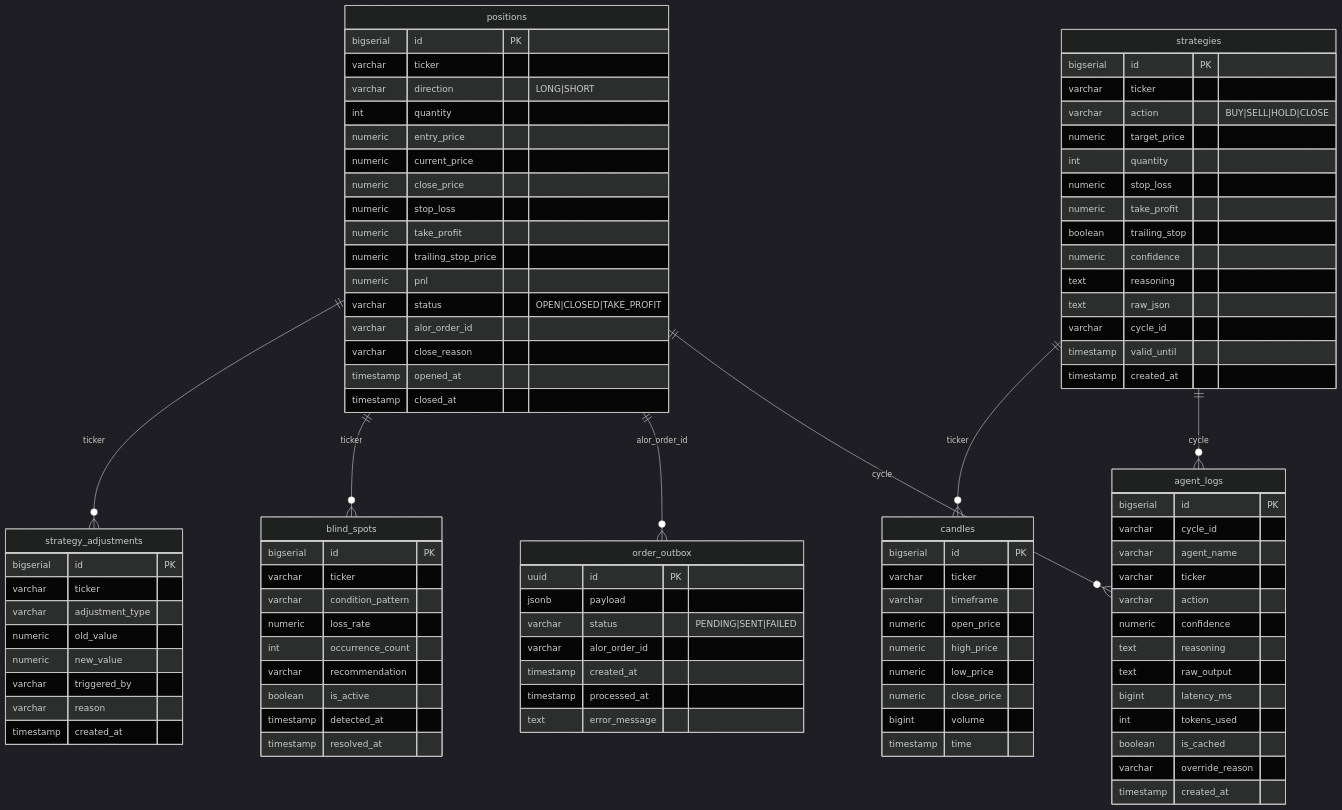
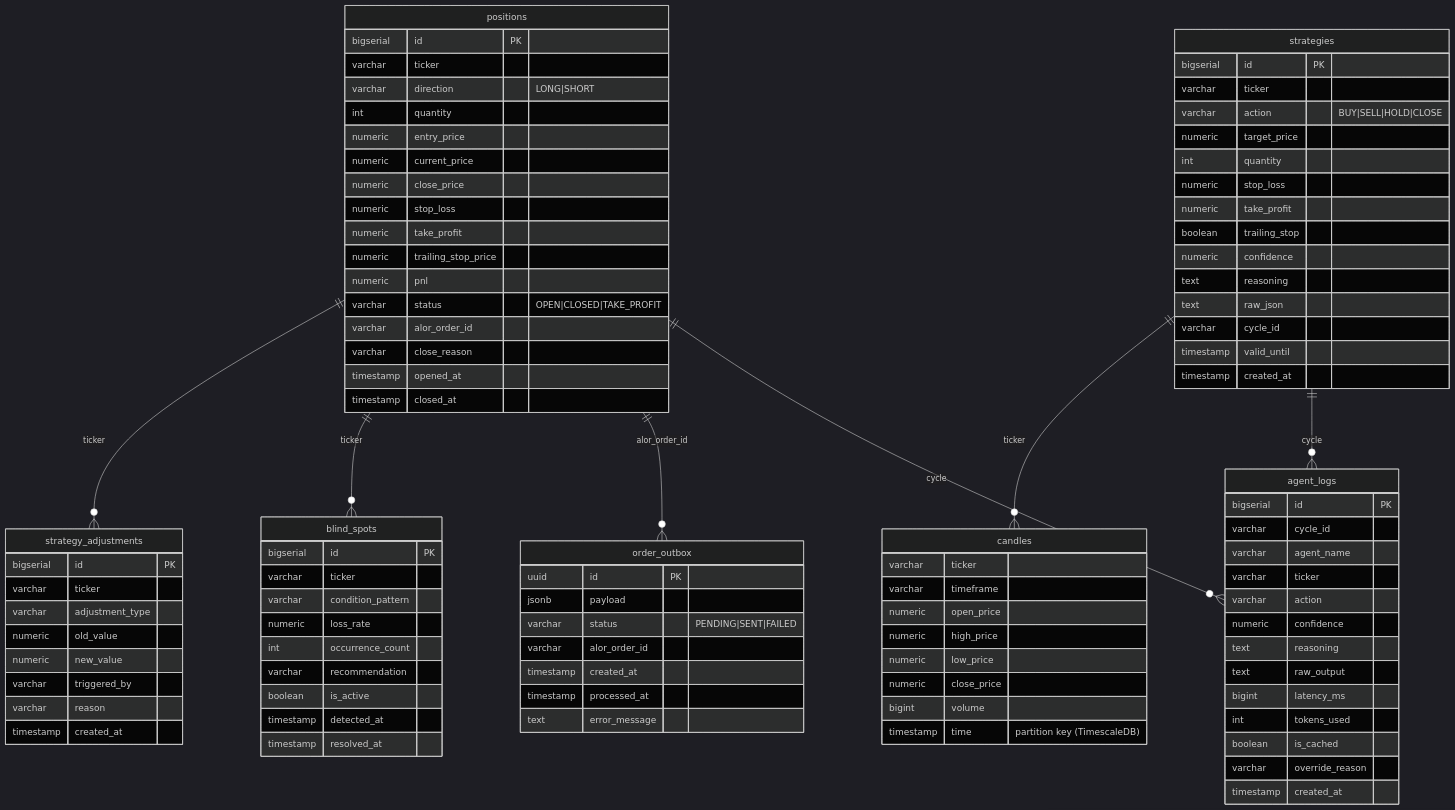
Before and after one commit to dmitry0923/trading-bot: the diagram in docs/06-database.md, drawn with Mermaid (dark theme). The commit also changed other lines of this file and 10 other files, not shown here.

```diff
--- a/docs/06-database.md
+++ b/docs/06-database.md
@@ -48,7 +48,6 @@
         timestamp created_at
     }
     candles {
-        bigserial id PK
         varchar ticker
         varchar timeframe
         numeric open_price
@@ -56,7 +55,7 @@
         numeric low_price
         numeric close_price
         bigint volume
-        timestamp time
+        timestamp time "partition key (TimescaleDB)"
     }
     agent_logs {
         bigserial id PK
```
